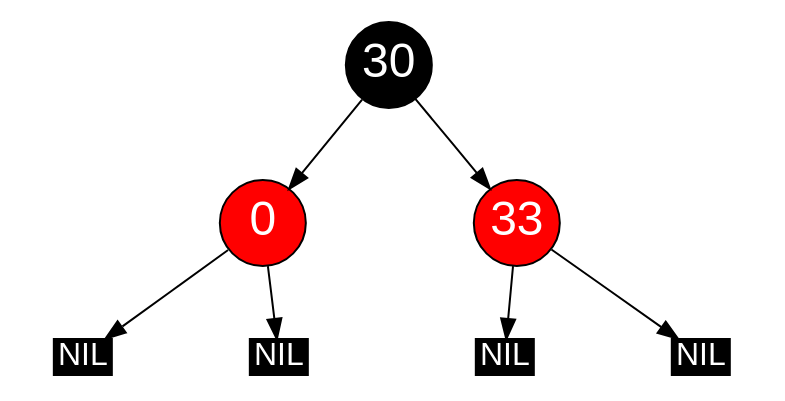
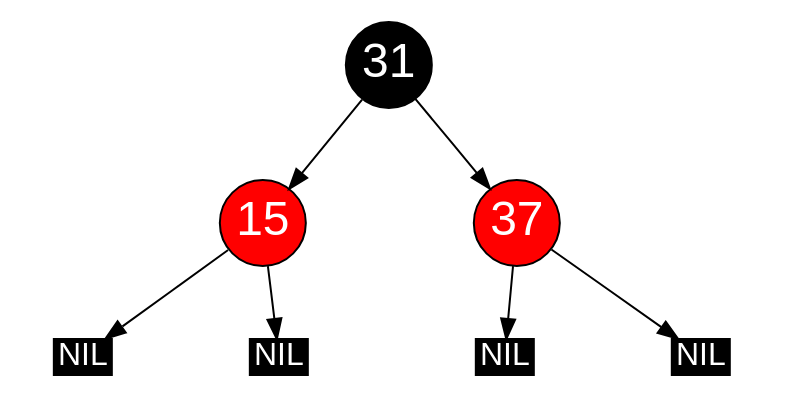
One commit to gbshschmlu/hs_fulda changed the diagram in wise2025/algorithmen_und_datenstrukturen/testat2/dot_output/tree_03.dot. Above: the diagram before and after it, drawn with Graphviz. The commit also changed 46 other files, not shown here.

```diff
--- a/wise2025/algorithmen_und_datenstrukturen/testat2/dot_output/tree_03.dot
+++ b/wise2025/algorithmen_und_datenstrukturen/testat2/dot_output/tree_03.dot
@@ -1,20 +1,22 @@
 // Red Black Tree
 digraph G {
 	graph [ratio=.48];
 	node [style=filled, color=black, shape=circle, width=.6
 		fontname=Helvetica, fontweight=bold, fontcolor=white,
 		fontsize=24, fixedsize=true];
 
-	0, 33
-	[fillcolor=red];
+	n0 [label="31"];
+	n1 [label="15", fillcolor=red];
+	nil0 [label="NIL", shape=record, width=.4, height=.25, fontsize=16];
+	nil1 [label="NIL", shape=record, width=.4, height=.25, fontsize=16];
+	n2 [label="37", fillcolor=red];
+	nil2 [label="NIL", shape=record, width=.4, height=.25, fontsize=16];
+	nil3 [label="NIL", shape=record, width=.4, height=.25, fontsize=16];
 
-	nil0, nil1, nil2, nil3
-	[label="NIL", shape=record, width=.4, height=.25, fontsize=16];
-
-	30 -> 0;
-	0 -> nil0;
-	0 -> nil1;
-	30 -> 33;
-	33 -> nil2;
-	33 -> nil3;
+	n1 -> nil0;
+	n1 -> nil1;
+	n0 -> n1;
+	n2 -> nil2;
+	n2 -> nil3;
+	n0 -> n2;
 }
```
